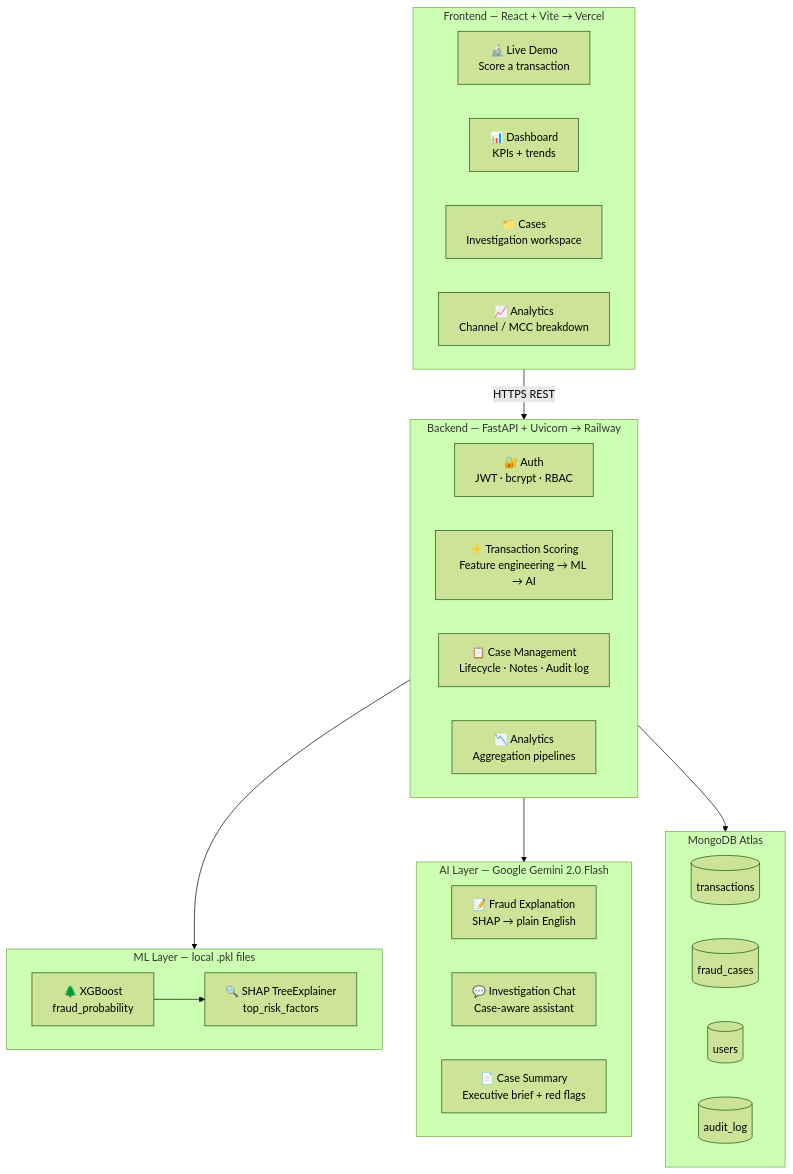
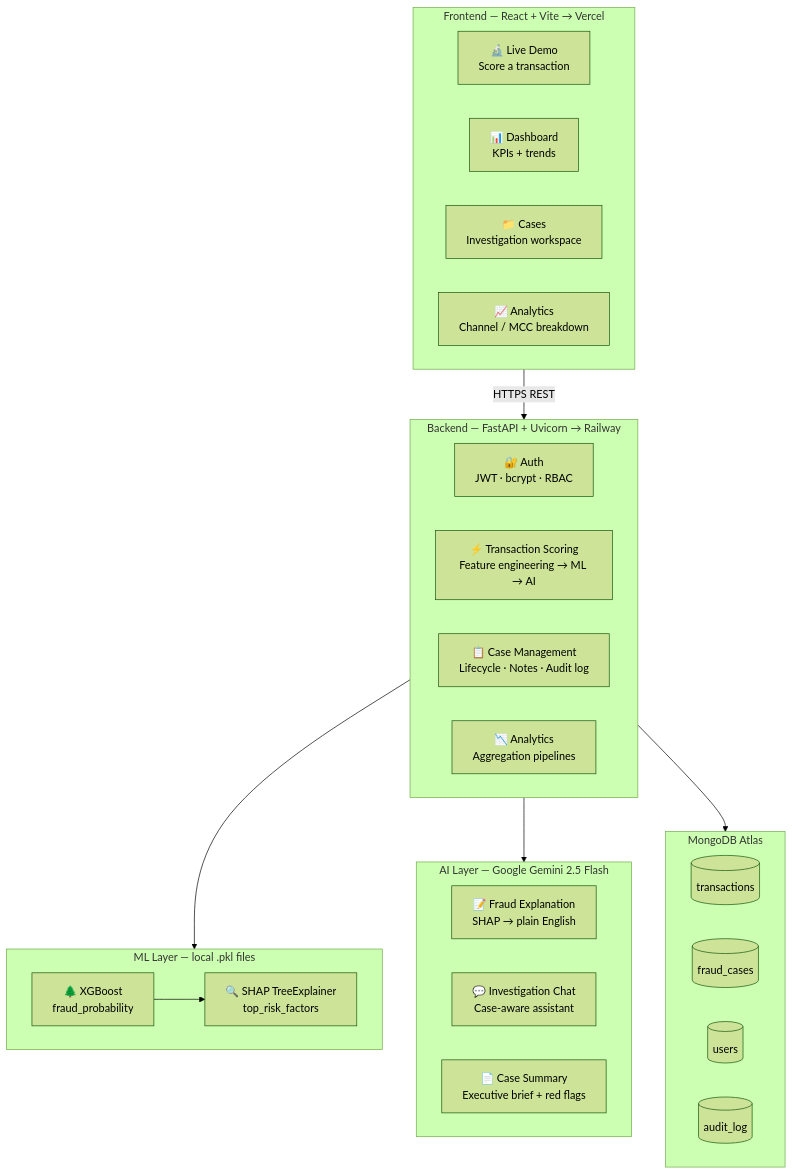
One commit to kohliamitoj/card-fraud-intelligence changed the first of 2 diagrams in README.md. Above: the diagram before and after it, drawn with Mermaid (forest theme). The commit also changed other lines of this file and 1 other file, not shown here.

Commit message:
upgrade Gemini model to 2.5 flash

````diff
--- a/README.md
+++ b/README.md
@@ -11,40 +11,40 @@
 ```mermaid
 graph TD
     subgraph Client["Frontend  —  React + Vite  →  Vercel"]
         F1["🔬 Live Demo\nScore a transaction"]
         F2["📊 Dashboard\nKPIs + trends"]
         F3["📁 Cases\nInvestigation workspace"]
         F4["📈 Analytics\nChannel / MCC breakdown"]
     end
 
     subgraph API["Backend  —  FastAPI + Uvicorn  →  Railway"]
         B1["🔐 Auth\nJWT · bcrypt · RBAC"]
         B2["⚡ Transaction Scoring\nFeature engineering → ML → AI"]
         B3["📋 Case Management\nLifecycle · Notes · Audit log"]
         B4["📉 Analytics\nAggregation pipelines"]
     end
 
     subgraph ML["ML Layer  —  local .pkl files"]
         M1["🌲 XGBoost\nfraud_probability"]
         M2["🔍 SHAP TreeExplainer\ntop_risk_factors"]
     end
 
-    subgraph AI["AI Layer  —  Google Gemini 2.0 Flash"]
+    subgraph AI["AI Layer  —  Google Gemini 2.5 Flash"]
         A1["📝 Fraud Explanation\nSHAP → plain English"]
         A2["💬 Investigation Chat\nCase-aware assistant"]
         A3["📄 Case Summary\nExecutive brief + red flags"]
     end
 
     subgraph DB["MongoDB Atlas"]
         D1[("transactions")]
         D2[("fraud_cases")]
         D3[("users")]
         D4[("audit_log")]
     end
 
     Client -->|"HTTPS REST"| API
     API --> ML
     API --> AI
     API --> DB
     M1 --> M2
 ```
````
